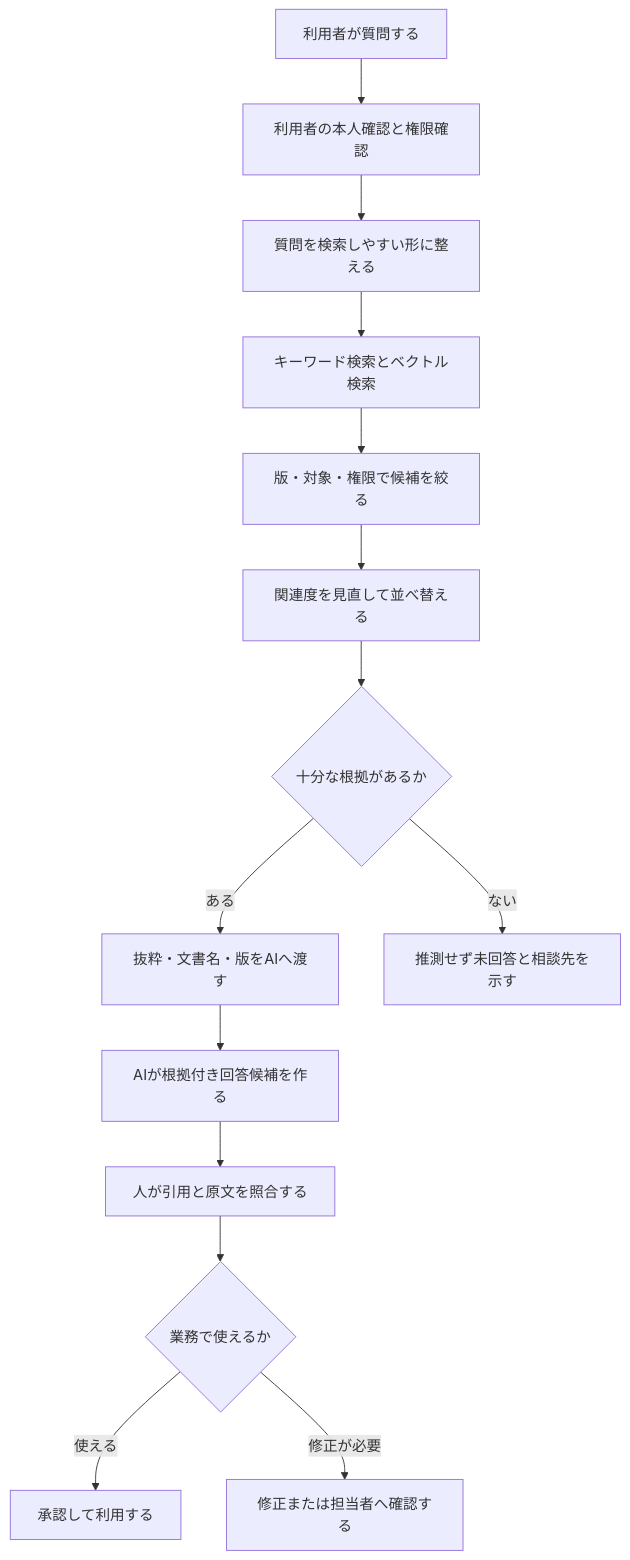
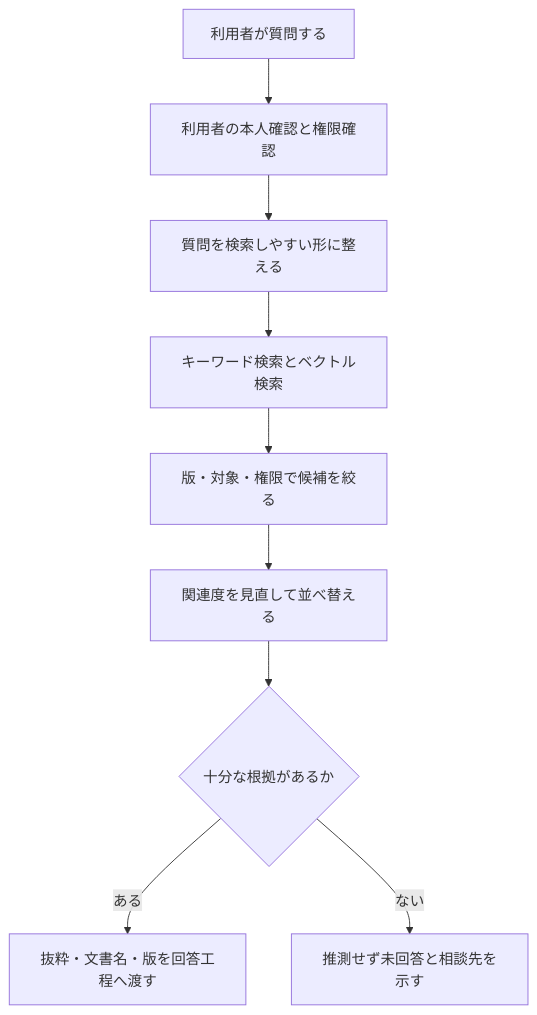
One commit to kiyo37/AI-- changed the first of 7 diagrams in ai-business-efficiency-instructor-content/08_rag_and_knowledge_management.md. Above: the diagram before and after it, drawn with Mermaid. The commit also changed other lines of this file and 139 other files, not shown here.

````diff
--- a/ai-business-efficiency-instructor-content/08_rag_and_knowledge_management.md
+++ b/ai-business-efficiency-instructor-content/08_rag_and_knowledge_management.md
@@ -50,16 +80,11 @@
 ```mermaid
 flowchart TD
     A["利用者が質問する"] --> B["利用者の本人確認と権限確認"]
     B --> C["質問を検索しやすい形に整える"]
     C --> D["キーワード検索とベクトル検索"]
     D --> E["版・対象・権限で候補を絞る"]
     E --> F["関連度を見直して並べ替える"]
     F --> G{"十分な根拠があるか"}
-    G -->|ある| H["抜粋・文書名・版をAIへ渡す"]
-    H --> I["AIが根拠付き回答候補を作る"]
-    I --> J["人が引用と原文を照合する"]
-    J --> K{"業務で使えるか"}
-    K -->|使える| L["承認して利用する"]
-    K -->|修正が必要| M["修正または担当者へ確認する"]
-    G -->|ない| N["推測せず未回答と相談先を示す"]
+    G -->|ある| H["抜粋・文書名・版を回答工程へ渡す"]
+    G -->|ない| I["推測せず未回答と相談先を示す"]
 ```
````
